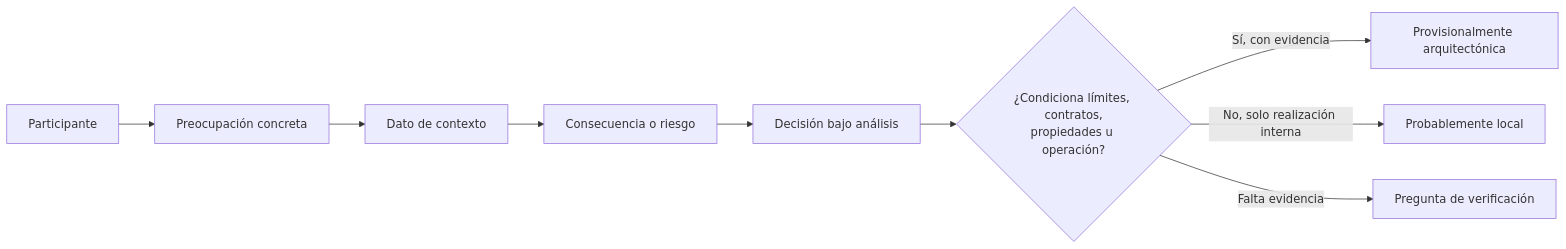
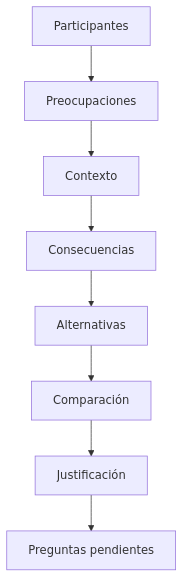
Before and after one commit to acuscorp/SoftwareArchitecture: the diagram in Classes/M01 - Pensamiento arquitectónico y fundamentos/CL01.04.01 - Contexto y participantes.md, drawn with Mermaid. The commit also changed other lines of this file, not shown here.

````diff
--- a/Classes/M01 - Pensamiento arquitectónico y fundamentos/CL01.04.01 - Contexto y participantes.md
+++ b/Classes/M01 - Pensamiento arquitectónico y fundamentos/CL01.04.01 - Contexto y participantes.md
@@ -122,12 +235,10 @@
 ```mermaid
-flowchart LR
-    P[Participante] --> Q[Preocupación concreta]
-    Q --> C[Dato de contexto]
-    C --> K[Consecuencia o riesgo]
-    K --> D[Decisión bajo análisis]
-    D --> E{¿Condiciona límites, contratos,
-propiedades u operación?}
-    E -->|Sí, con evidencia| A[Provisionalmente arquitectónica]
-    E -->|No, solo realización interna| L[Probablemente local]
-    E -->|Falta evidencia| I[Pregunta de verificación]
+flowchart TD
+    A[Participantes] --> B[Preocupaciones]
+    B --> C[Contexto]
+    C --> D[Consecuencias]
+    D --> E[Alternativas]
+    E --> F[Comparación]
+    F --> G[Justificación]
+    G --> H[Preguntas pendientes]
 ```
````
